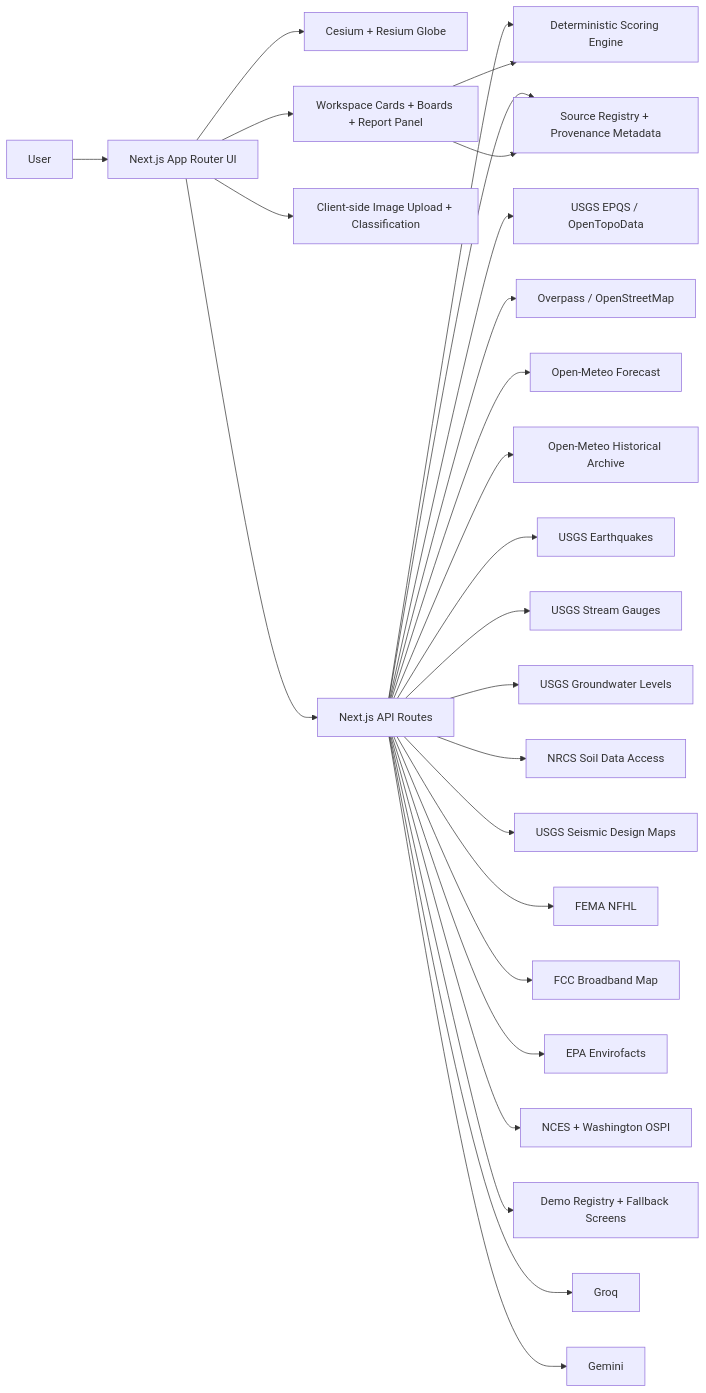
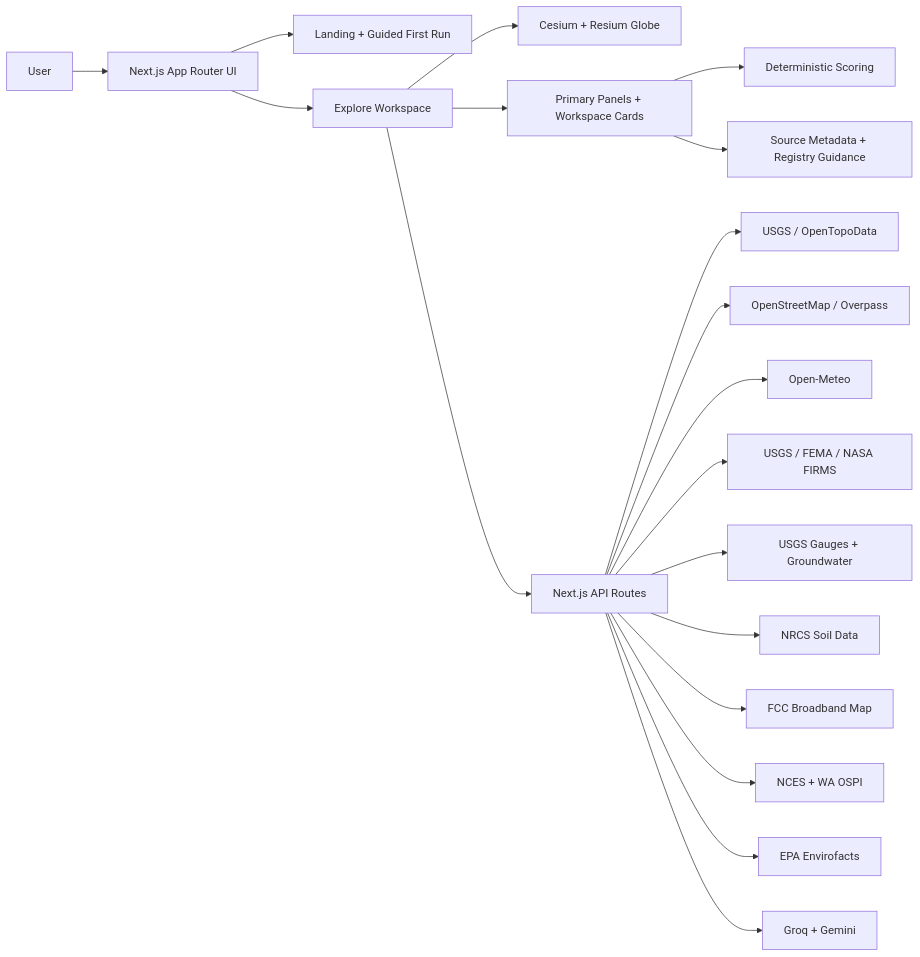
The diagram in README.md (sabinMas/geosight-gspat), drawn with Mermaid before and after one commit. The commit also changed other lines of this file and 15 other files, not shown here.

Commit message:
Refine onboarding, trust states, and globe stability

````diff
--- a/README.md
+++ b/README.md
@@ -120,28 +255,21 @@
 ```mermaid
 flowchart LR
   User["User"] --> UI["Next.js App Router UI"]
-  UI --> Globe["Cesium + Resium Globe"]
-  UI --> Cards["Workspace Cards + Boards + Report Panel"]
-  UI --> Upload["Client-side Image Upload + Classification"]
-  UI --> APIs["Next.js API Routes"]
-  APIs --> Terrain["USGS EPQS / OpenTopoData"]
-  APIs --> OSM["Overpass / OpenStreetMap"]
-  APIs --> Weather["Open-Meteo Forecast"]
-  APIs --> ClimateArchive["Open-Meteo Historical Archive"]
-  APIs --> EQ["USGS Earthquakes"]
-  APIs --> Gauges["USGS Stream Gauges"]
-  APIs --> Groundwater["USGS Groundwater Levels"]
-  APIs --> Soils["NRCS Soil Data Access"]
-  APIs --> Seismic["USGS Seismic Design Maps"]
-  APIs --> Flood["FEMA NFHL"]
+  UI --> Landing["Landing + Guided First Run"]
+  UI --> Explore["Explore Workspace"]
+  Explore --> Globe["Cesium + Resium Globe"]
+  Explore --> Cards["Primary Panels + Workspace Cards"]
+  Cards --> Score["Deterministic Scoring"]
+  Cards --> Trust["Source Metadata + Registry Guidance"]
+  Explore --> APIs["Next.js API Routes"]
+  APIs --> Terrain["USGS / OpenTopoData"]
+  APIs --> OSM["OpenStreetMap / Overpass"]
+  APIs --> Weather["Open-Meteo"]
+  APIs --> Hazards["USGS / FEMA / NASA FIRMS"]
+  APIs --> Water["USGS Gauges + Groundwater"]
+  APIs --> Soil["NRCS Soil Data"]
   APIs --> Broadband["FCC Broadband Map"]
+  APIs --> School["NCES + WA OSPI"]
   APIs --> EPA["EPA Envirofacts"]
-  APIs --> Schools["NCES + Washington OSPI"]
-  APIs --> Demo["Demo Registry + Fallback Screens"]
-  APIs --> Score["Deterministic Scoring Engine"]
-  APIs --> Sources["Source Registry + Provenance Metadata"]
-  APIs --> Groq["Groq"]
-  APIs --> Gemini["Gemini"]
-  Cards --> Score
-  Cards --> Sources
+  APIs --> AI["Groq + Gemini"]
 ```
````
